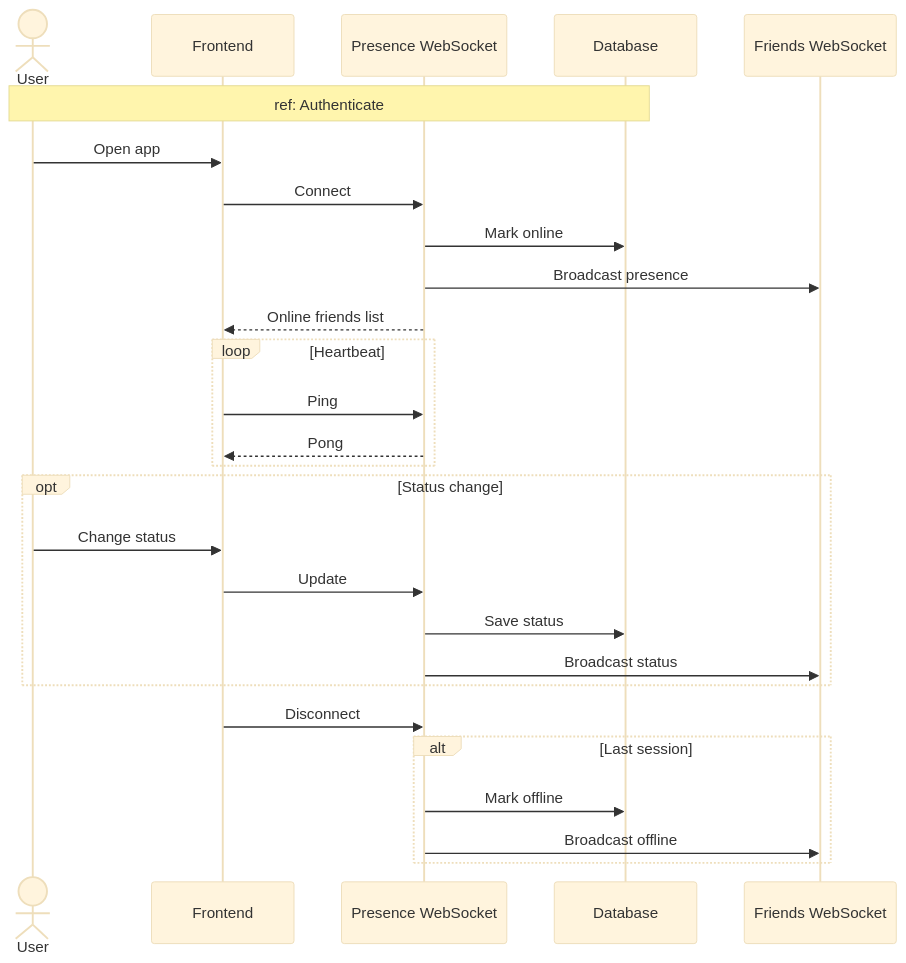
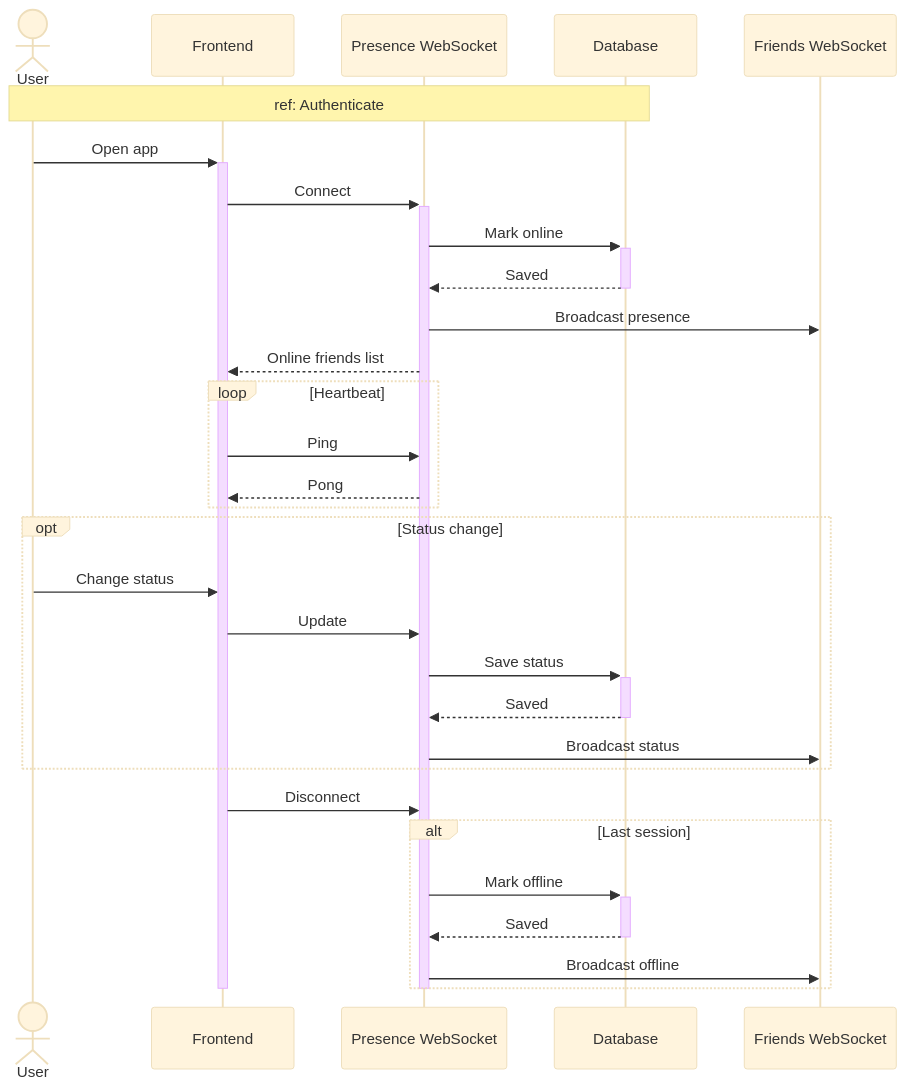
Diagram 16 of 16 in docs/SEQUENCE_DIAGRAMS.md (MohamedChebbi123/teamnest), drawn with Mermaid (base theme) before and after one commit. The commit also changed other lines of this file, not shown here.

````diff
--- a/docs/SEQUENCE_DIAGRAMS.md
+++ b/docs/SEQUENCE_DIAGRAMS.md
@@ -481,34 +548,39 @@
 ```mermaid
 sequenceDiagram
     actor User
     participant FE as Frontend
     participant WS as Presence WebSocket
     participant DB as Database
     participant Friends as Friends WebSocket
 
     Note over User,DB: ref: Authenticate
 
-    User->>FE: Open app
-    FE->>WS: Connect
-    WS->>DB: Mark online
+    User->>+FE: Open app
+    FE->>+WS: Connect
+    WS->>+DB: Mark online
+    DB-->>-WS: Saved
     WS->>Friends: Broadcast presence
     WS-->>FE: Online friends list
 
     loop Heartbeat
         FE->>WS: Ping
         WS-->>FE: Pong
     end
 
     opt Status change
         User->>FE: Change status
         FE->>WS: Update
-        WS->>DB: Save status
+        WS->>+DB: Save status
+        DB-->>-WS: Saved
         WS->>Friends: Broadcast status
     end
 
     FE->>WS: Disconnect
     alt Last session
-        WS->>DB: Mark offline
+        WS->>+DB: Mark offline
+        DB-->>-WS: Saved
         WS->>Friends: Broadcast offline
     end
+    deactivate WS
+    deactivate FE
 ```
````
